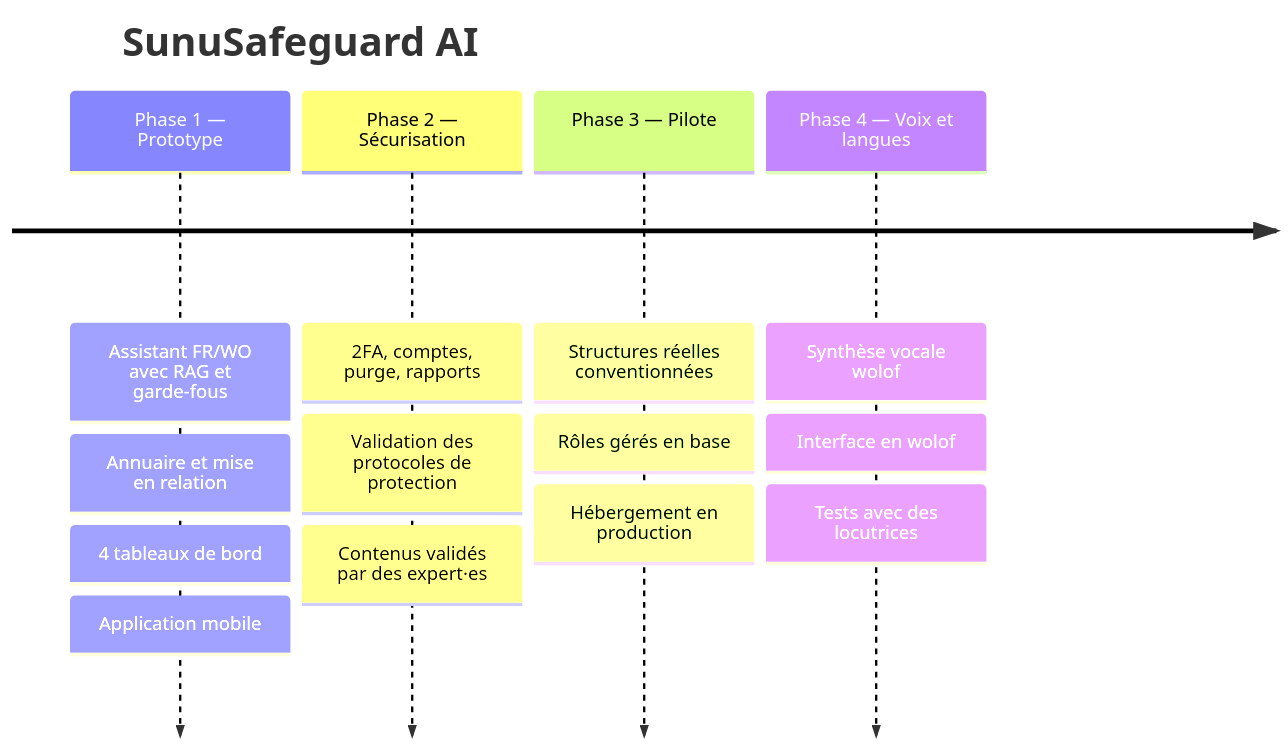
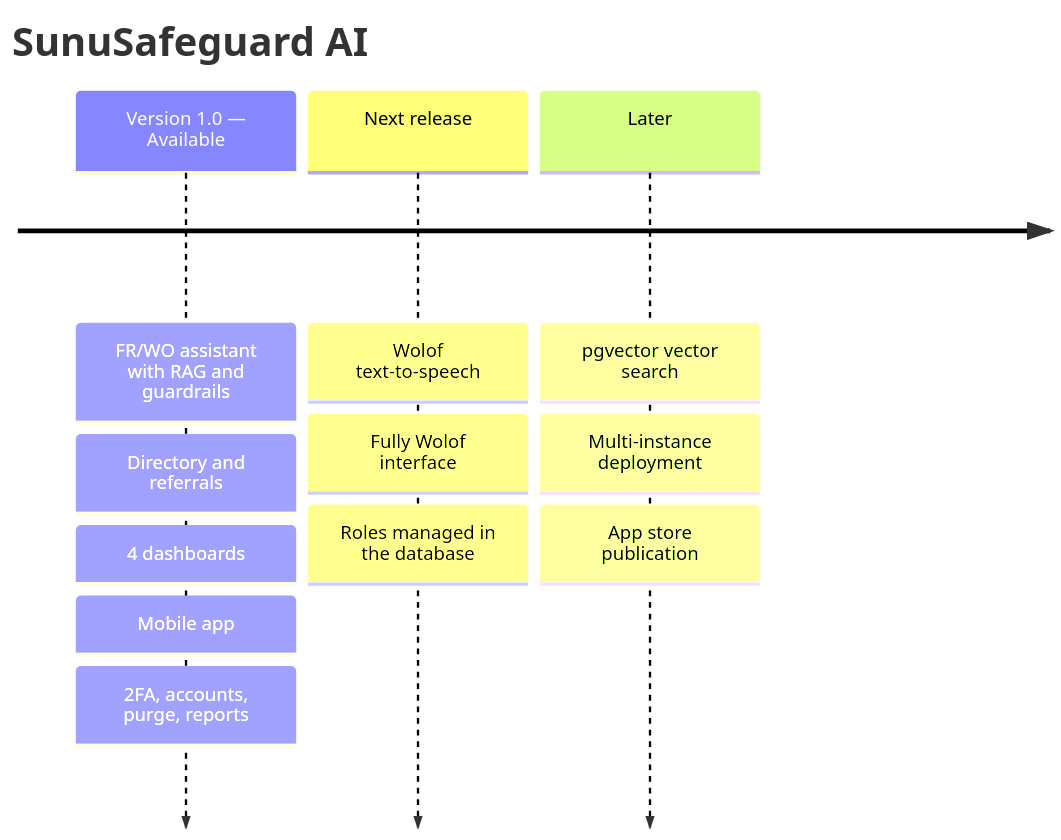
Before and after one commit to Dioumadev221/SUNUSAFEGUARD: diagram 17 of 17 in README.md, drawn with Mermaid. The commit also changed other lines of this file and 1 other file, not shown here.

Commit message:
README en anglais (par défaut) et en français, présentation du produit en version 1.0

````diff
--- a/README.md
+++ b/README.md
@@ -938,8 +954,7 @@
 ```mermaid
 timeline
     title SunuSafeguard AI
-    Phase 1 — Prototype : Assistant FR/WO avec RAG et garde-fous : Annuaire et mise en relation : 4 tableaux de bord : Application mobile
-    Phase 2 — Sécurisation : 2FA, comptes, purge, rapports : Validation des protocoles de protection : Contenus validés par des expert·es
-    Phase 3 — Pilote : Structures réelles conventionnées : Rôles gérés en base : Hébergement en production
-    Phase 4 — Voix et langues : Synthèse vocale wolof : Interface en wolof : Tests avec des locutrices
+    Version 1.0 — Available : FR/WO assistant with RAG and guardrails : Directory and referrals : 4 dashboards : Mobile app : 2FA, accounts, purge, reports
+    Next release : Wolof text-to-speech : Fully Wolof interface : Roles managed in the database
+    Later : pgvector vector search : Multi-instance deployment : App store publication
 ```
````
